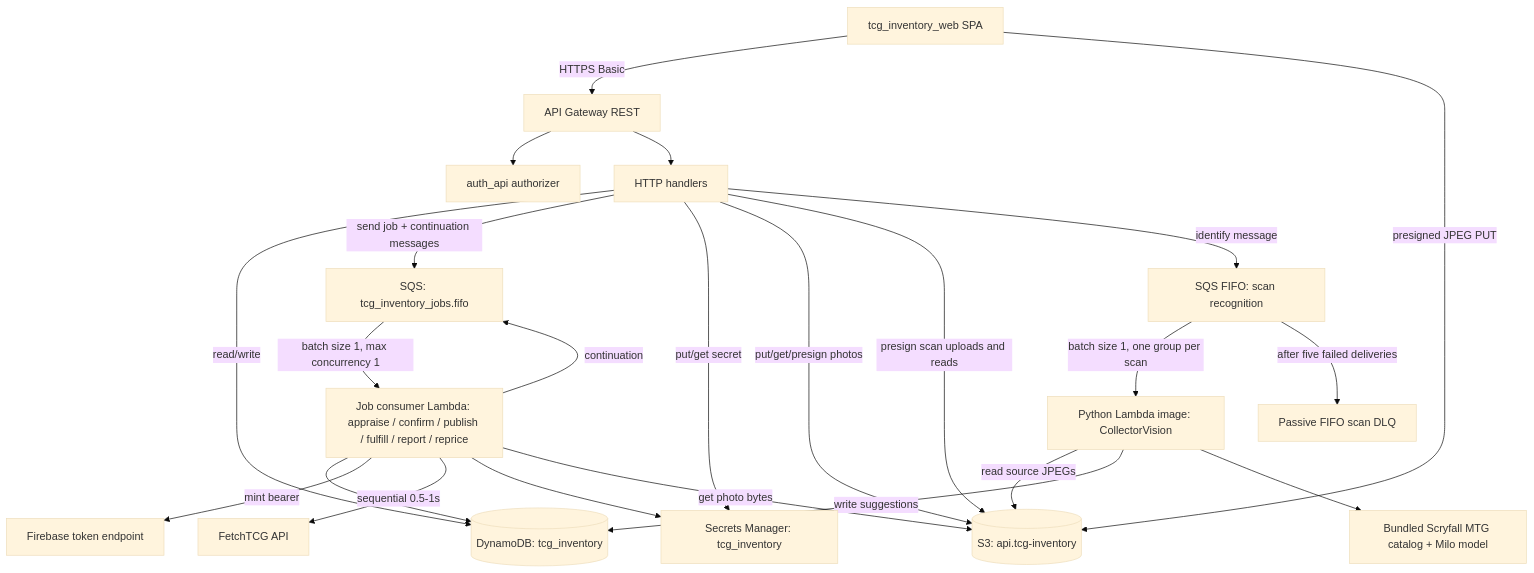
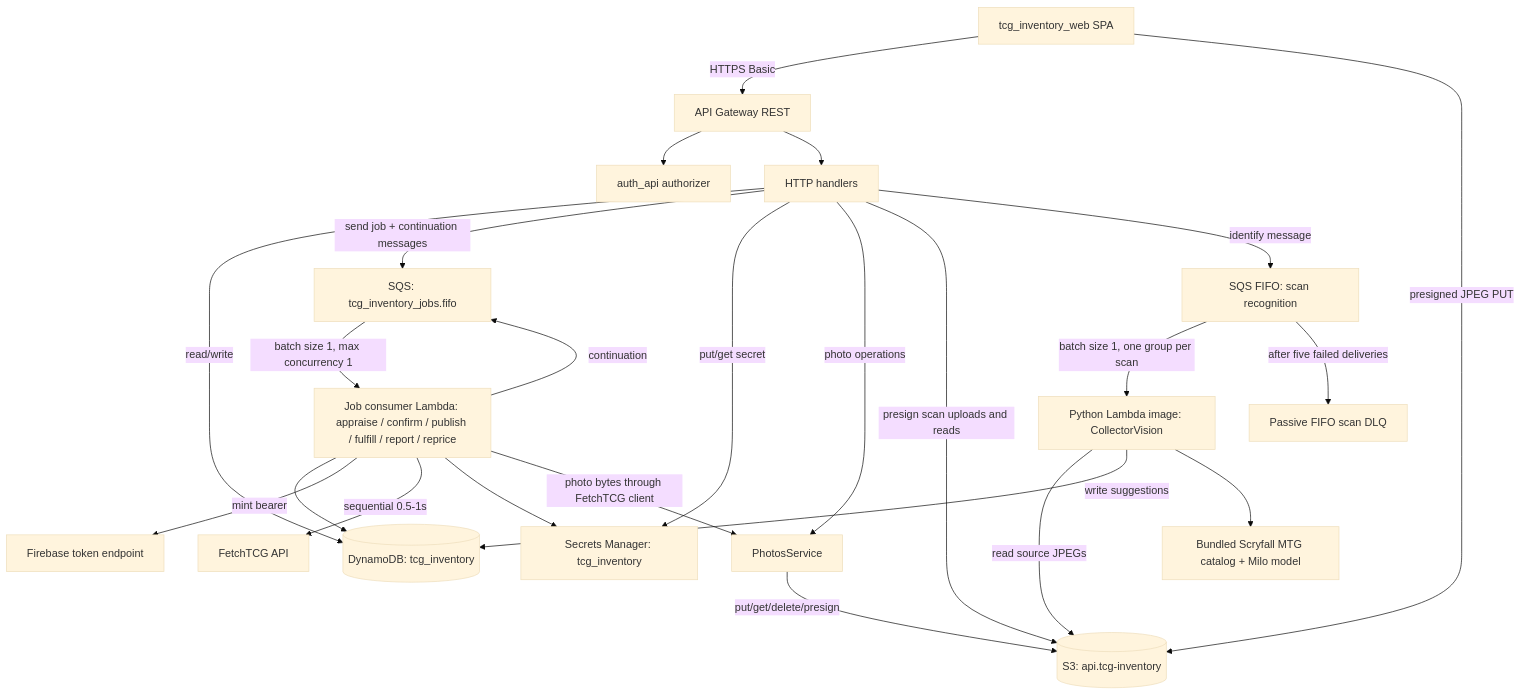
One commit to jordansimsmith/jordansimsmith-com changed the first of 3 diagrams in tcg_inventory_api/README.md. Above: the diagram before and after it, drawn with Mermaid (base theme). The commit also changed other lines of this file and 30 other files, not shown here.

Commit message:
Move backend photo access behind Photos service

````diff
--- a/tcg_inventory_api/README.md
+++ b/tcg_inventory_api/README.md
@@ -79,25 +79,26 @@
 ```mermaid
 flowchart TD
   web[tcg_inventory_web SPA] -->|HTTPS Basic| apigw[API Gateway REST]
   apigw --> authz[auth_api authorizer]
   apigw --> http[HTTP handlers]
   http -->|read/write| ddb[(DynamoDB: tcg_inventory)]
   http -->|send job + continuation messages| sqs[SQS: tcg_inventory_jobs.fifo]
   sqs -->|batch size 1, max concurrency 1| jobs[Job consumer Lambda: appraise / confirm / publish / fulfill / report / reprice]
   jobs --> ddb
   jobs -->|continuation| sqs
   jobs -->|mint bearer| firebase[Firebase token endpoint]
   jobs -->|sequential 0.5-1s| fetchtcg[FetchTCG API]
   http -->|put/get secret| secrets[Secrets Manager: tcg_inventory]
   jobs --> secrets
-  http -->|put/get/presign photos| s3[(S3: api.tcg-inventory)]
-  jobs -->|get photo bytes| s3
+  http -->|photo operations| photos[PhotosService]
+  photos -->|put/get/delete/presign| s3[(S3: api.tcg-inventory)]
+  jobs -->|photo bytes through FetchTCG client| photos
   http -->|presign scan uploads and reads| s3
   web -->|presigned JPEG PUT| s3
   http -->|identify message| scansqs[SQS FIFO: scan recognition]
   scansqs -->|batch size 1, one group per scan| scanworker[Python Lambda image: CollectorVision]
   scansqs -->|after five failed deliveries| scandlq[Passive FIFO scan DLQ]
   scanworker -->|read source JPEGs| s3
   scanworker -->|write suggestions| ddb
   scanworker --> catalog[Bundled Scryfall MTG catalog + Milo model]
 ```
````
